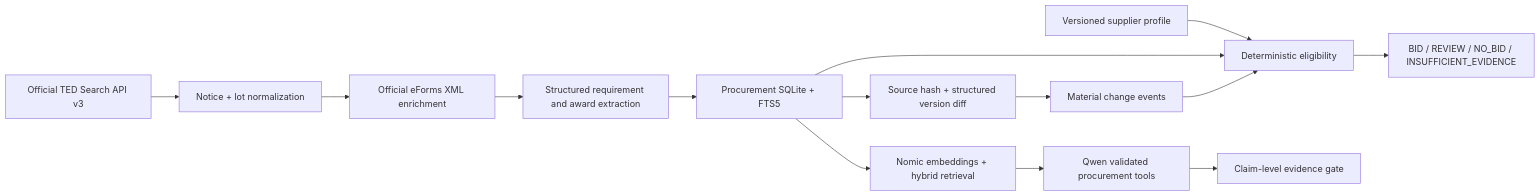
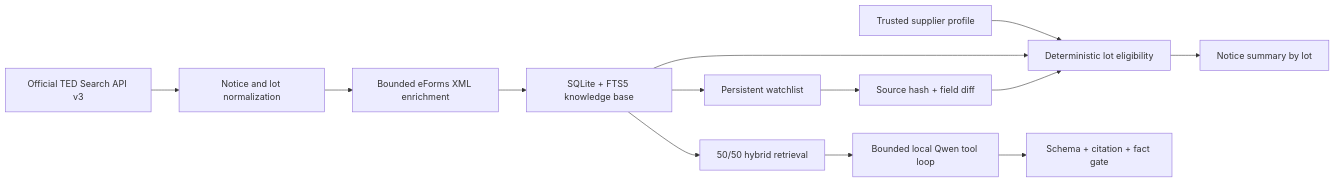
One commit to Sintagmatarches/applied-ai-lab changed the diagram in docs/tender-ai-architecture.md. Above: the diagram before and after it, drawn with Mermaid. The commit also changed other lines of this file and 50 other files, not shown here.

````diff
--- a/docs/tender-ai-architecture.md
+++ b/docs/tender-ai-architecture.md
@@ -19,16 +7,15 @@
 ```mermaid
 flowchart LR
-  T["Official TED Search API v3"] --> N["Notice + lot normalization"]
-  N --> X["Official eForms XML enrichment"]
-  X --> E["Structured requirement and award extraction"]
-  E --> K["Procurement SQLite + FTS5"]
-  P["Versioned supplier profile"] --> D["Deterministic eligibility"]
+  TED[Official TED Search API v3] --> N[Notice and lot normalization]
+  N --> X[Bounded eForms XML enrichment]
+  X --> K[SQLite + FTS5 knowledge base]
+  P[Trusted supplier profile] --> D[Deterministic lot eligibility]
   K --> D
-  D --> B["BID / REVIEW / NO_BID / INSUFFICIENT_EVIDENCE"]
-  K --> R["Nomic embeddings + hybrid retrieval"]
-  R --> A["Qwen validated procurement tools"]
-  A --> G["Claim-level evidence gate"]
-  K --> V["Source hash + structured version diff"]
-  V --> C["Material change events"]
+  D --> S[Notice summary by lot]
+  K --> W[Persistent watchlist]
+  W --> C[Source hash + field diff]
   C --> D
+  K --> R[50/50 hybrid retrieval]
+  R --> A[Bounded local Qwen tool loop]
+  A --> G[Schema + citation + fact gate]
 ```
````
